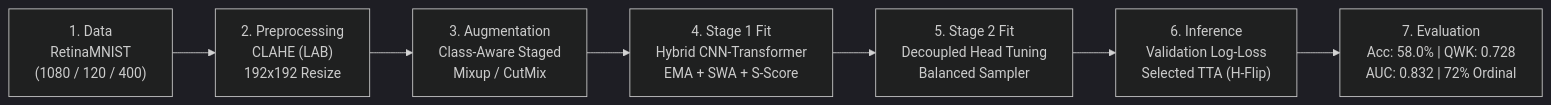
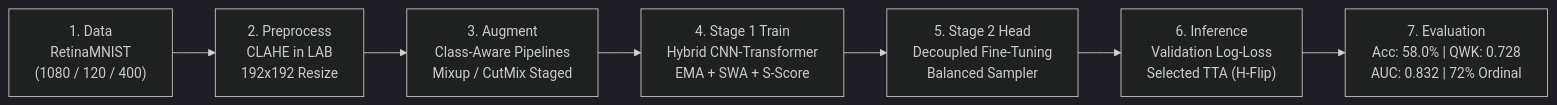
One commit to mdshirajulislam/BUBT-Computer-Vision-competition changed the diagram in README.md. Above: the diagram before and after it, drawn with Mermaid (dark theme). The commit also changed other lines of this file, not shown here.

````diff
--- a/README.md
+++ b/README.md
@@ -108,9 +130,9 @@
 ```mermaid
 flowchart LR
-    A["1. Data\nRetinaMNIST\n(1080 / 120 / 400)"] --> B["2. Preprocessing\nCLAHE (LAB)\n192x192 Resize"]
-    B --> C["3. Augmentation\nClass-Aware Staged\nMixup / CutMix"]
-    C --> D["4. Stage 1 Fit\nHybrid CNN-Transformer\nEMA + SWA + S-Score"]
-    D --> E["5. Stage 2 Fit\nDecoupled Head Tuning\nBalanced Sampler"]
+    A["1. Data\nRetinaMNIST\n(1080 / 120 / 400)"] --> B["2. Preprocess\nCLAHE in LAB\n192x192 Resize"]
+    B --> C["3. Augment\nClass-Aware Pipelines\nMixup / CutMix Staged"]
+    C --> D["4. Stage 1 Train\nHybrid CNN-Transformer\nEMA + SWA + S-Score"]
+    D --> E["5. Stage 2 Head\nDecoupled Fine-Tuning\nBalanced Sampler"]
     E --> F["6. Inference\nValidation Log-Loss\nSelected TTA (H-Flip)"]
     F --> G["7. Evaluation\nAcc: 58.0% | QWK: 0.728\nAUC: 0.832 | 72% Ordinal"]
 ```
````
